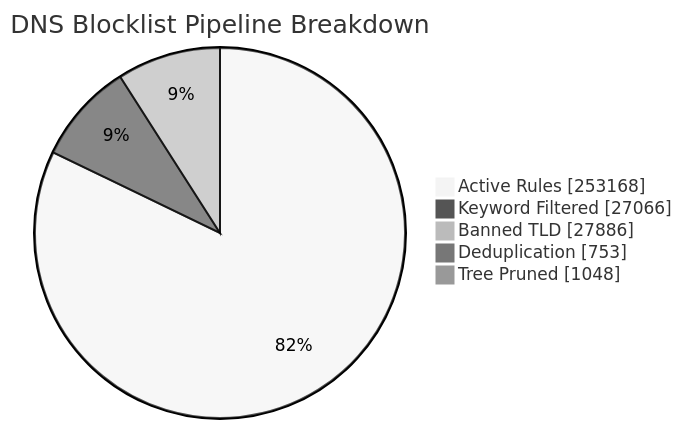
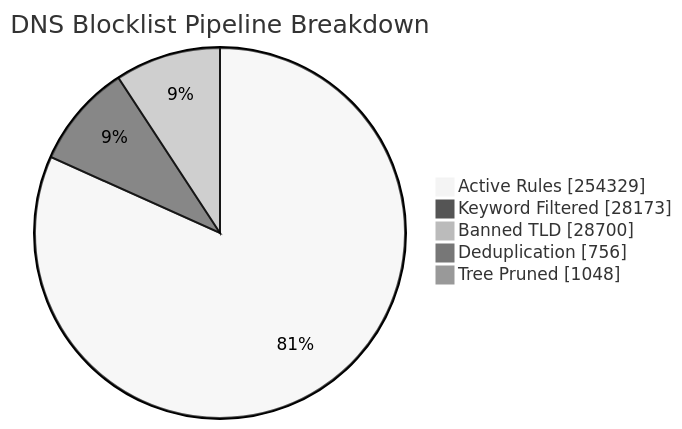
One commit to brojangles24/Cloudflare-ZeroTrust-AdBlock changed the first of 6 diagrams in README_STATS.md. Above: the diagram before and after it, drawn with Mermaid (neutral theme). The commit also changed other lines of this file and 1 other file, not shown here.

````diff
--- a/README_STATS.md
+++ b/README_STATS.md
@@ -41,8 +41,8 @@
 ```mermaid
 pie showData title DNS Blocklist Pipeline Breakdown
-    "Active Rules"     : 253168
-    "Keyword Filtered" : 27066
-    "Banned TLD"       : 27886
-    "Deduplication"    : 753
+    "Active Rules"     : 254329
+    "Keyword Filtered" : 28173
+    "Banned TLD"       : 28700
+    "Deduplication"    : 756
     "Tree Pruned"      : 1048
 ```
````
